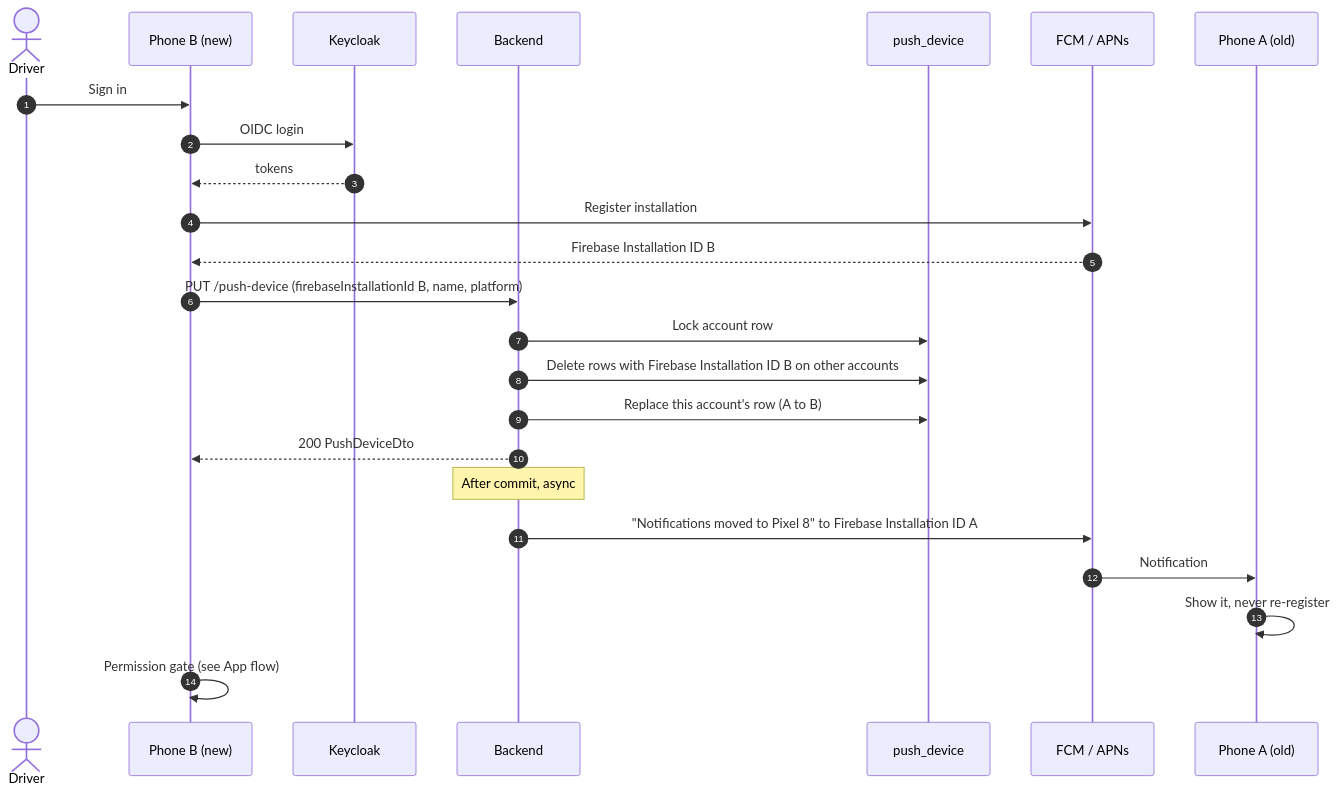
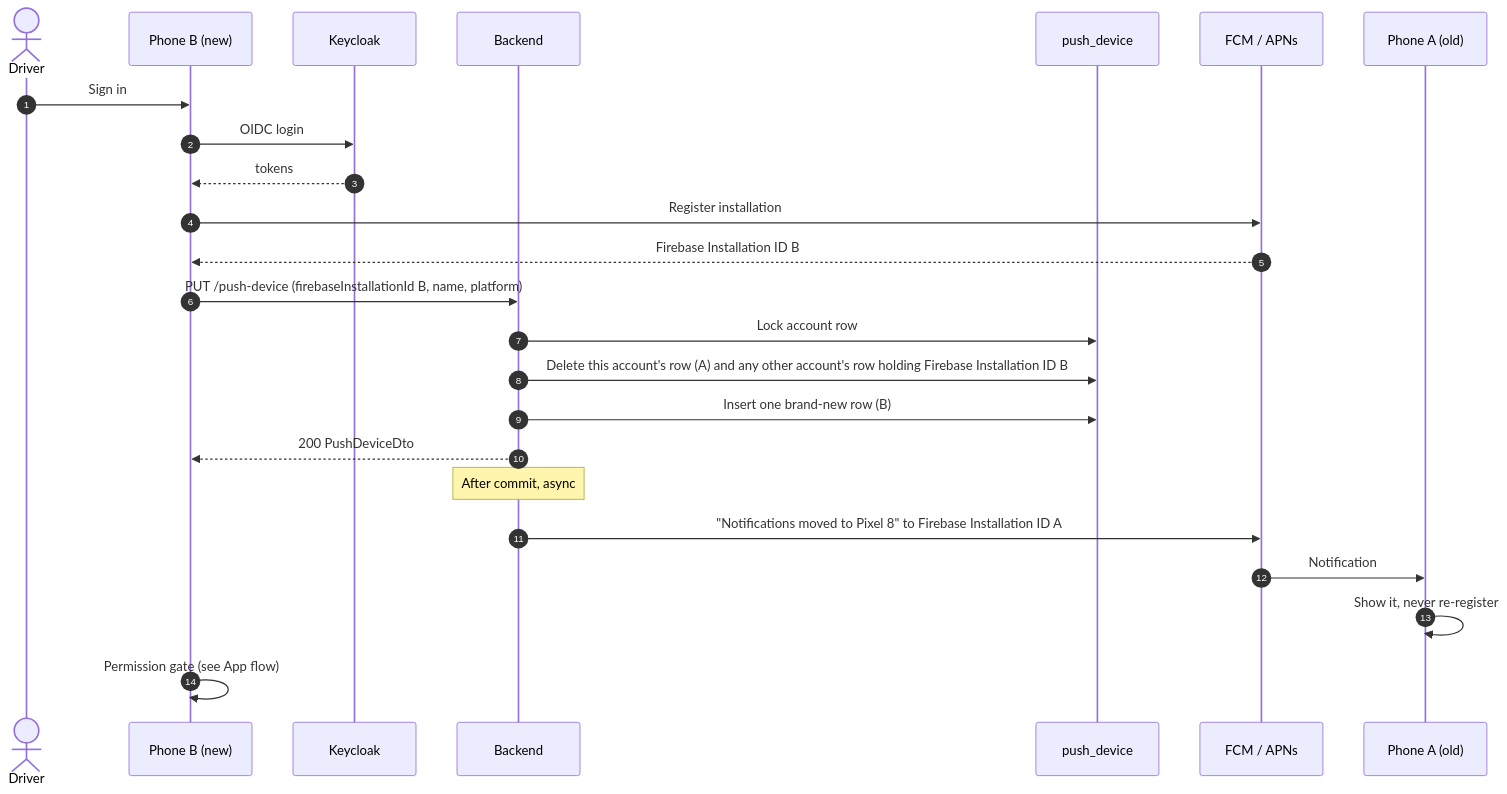
One commit to piskula/TruckerTracker changed the third of 5 diagrams in docs/push-notifications.md. Above: the diagram before and after it, drawn with Mermaid. The commit also changed other lines of this file and 19 other files, not shown here.

````diff
--- a/docs/push-notifications.md
+++ b/docs/push-notifications.md
@@ -76,27 +79,27 @@
 ```mermaid
 sequenceDiagram
   autonumber
   actor U as Driver
   participant B as Phone B (new)
   participant KC as Keycloak
   participant BE as Backend
   participant DB as push_device
   participant FCM as FCM / APNs
   participant A as Phone A (old)
 
   U->>B: Sign in
   B->>KC: OIDC login
   KC-->>B: tokens
   B->>FCM: Register installation
   FCM-->>B: Firebase Installation ID B
   B->>BE: PUT /push-device (firebaseInstallationId B, name, platform)
   BE->>DB: Lock account row
-  BE->>DB: Delete rows with Firebase Installation ID B on other accounts
-  BE->>DB: Replace this account's row (A to B)
+  BE->>DB: Delete this account's row (A) and any other account's row holding Firebase Installation ID B
+  BE->>DB: Insert one brand-new row (B)
   BE-->>B: 200 PushDeviceDto
   Note over BE: After commit, async
   BE->>FCM: "Notifications moved to Pixel 8" to Firebase Installation ID A
   FCM->>A: Notification
   A->>A: Show it, never re-register
   B->>B: Permission gate (see App flow)
 ```
````
